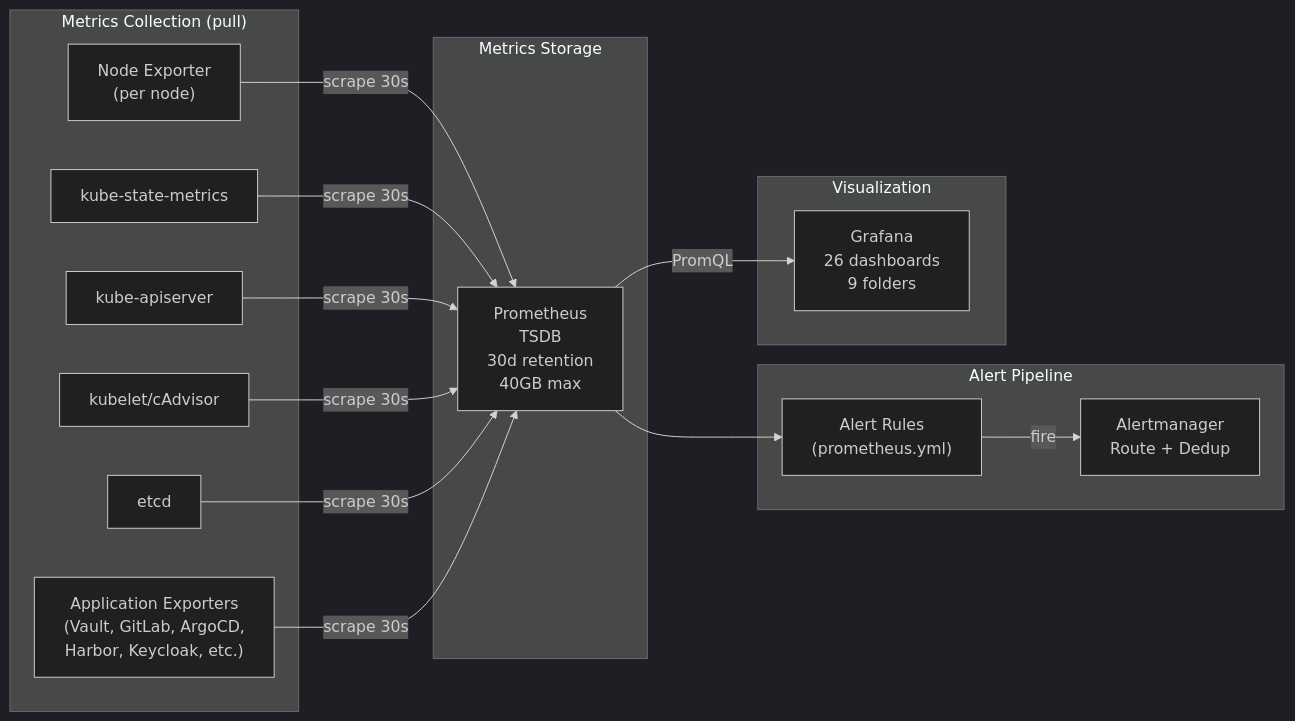
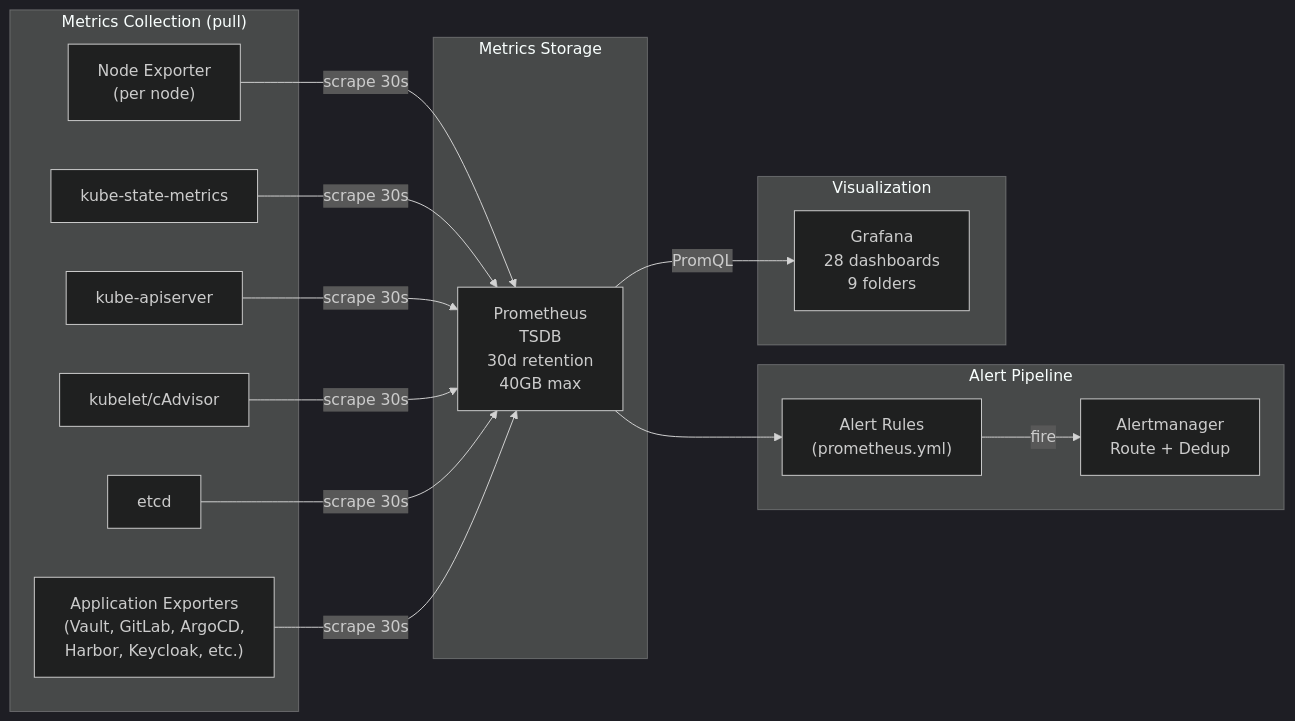
Before and after one commit to derhornspieler/harvester-rke2-platform: the second of 5 diagrams in docs/engineering/monitoring-observability.md, drawn with Mermaid (dark theme). The commit also changed other lines of this file and 40 other files, not shown here.

````diff
--- a/docs/engineering/monitoring-observability.md
+++ b/docs/engineering/monitoring-observability.md
@@ -120,34 +120,34 @@
 ```mermaid
 flowchart LR
     subgraph Collection["Metrics Collection (pull)"]
         NE["Node Exporter<br/>(per node)"]
         KSM["kube-state-metrics"]
         KubeAPI["kube-apiserver"]
         Kubelet["kubelet/cAdvisor"]
         Etcd["etcd"]
         Apps["Application Exporters<br/>(Vault, GitLab, ArgoCD,<br/>Harbor, Keycloak, etc.)"]
     end
 
     subgraph Storage["Metrics Storage"]
         Prometheus["Prometheus<br/>TSDB<br/>30d retention<br/>40GB max"]
     end
 
     subgraph Alerting["Alert Pipeline"]
         Rules["Alert Rules<br/>(prometheus.yml)"]
         AM["Alertmanager<br/>Route + Dedup"]
     end
 
     subgraph Visualization["Visualization"]
-        Grafana["Grafana<br/>26 dashboards<br/>9 folders"]
+        Grafana["Grafana<br/>28 dashboards<br/>9 folders"]
     end
 
     NE -->|scrape 30s| Prometheus
     KSM -->|scrape 30s| Prometheus
     KubeAPI -->|scrape 30s| Prometheus
     Kubelet -->|scrape 30s| Prometheus
     Etcd -->|scrape 30s| Prometheus
     Apps -->|scrape 30s| Prometheus
     Prometheus --> Rules
     Rules -->|fire| AM
     Prometheus -->|PromQL| Grafana
 ```
````
